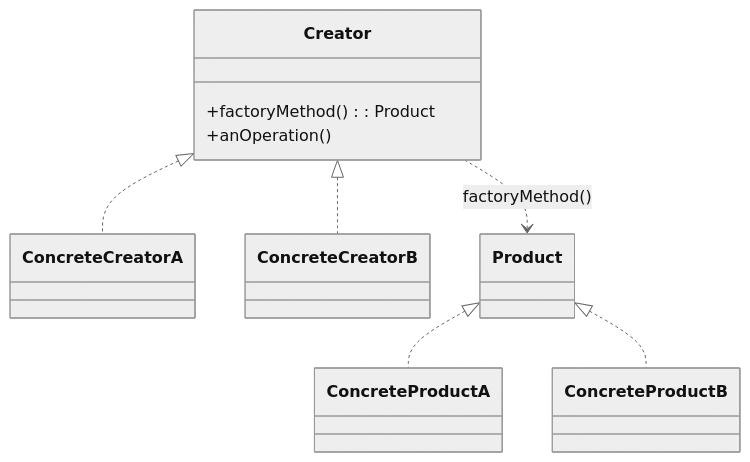
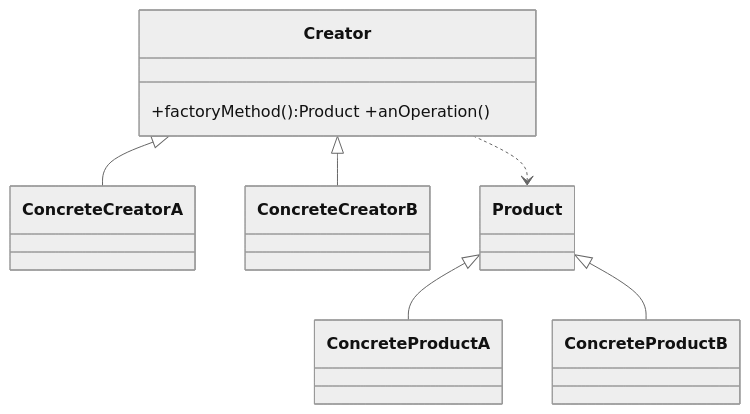
Before and after one commit to apdaza/gof-patterns-in-pygame: the third of 23 diagrams in README.md, drawn with Mermaid (neutral theme). The commit also changed other lines of this file, not shown here.

````diff
--- a/README.md
+++ b/README.md
@@ -69,19 +124,14 @@
 ```mermaid
 classDiagram
-    direction TD
-    class Creator {
-      +factoryMethod(): Product
-      +anOperation()
-    }
-    class ConcreteCreatorA
-    class ConcreteCreatorB
-    class Product
-    class ConcreteProductA
-    class ConcreteProductB
-
-    Creator <|.. ConcreteCreatorA
-    Creator <|.. ConcreteCreatorB
-    Product <|.. ConcreteProductA
-    Product <|.. ConcreteProductB
-    Creator ..> Product : factoryMethod()
+class Creator{+factoryMethod():Product +anOperation()}
+class ConcreteCreatorA
+class ConcreteCreatorB
+class Product
+class ConcreteProductA
+class ConcreteProductB
+Creator <|-- ConcreteCreatorA
+Creator <|-- ConcreteCreatorB
+Product <|-- ConcreteProductA
+Product <|-- ConcreteProductB
+Creator ..> Product
 ```
````
